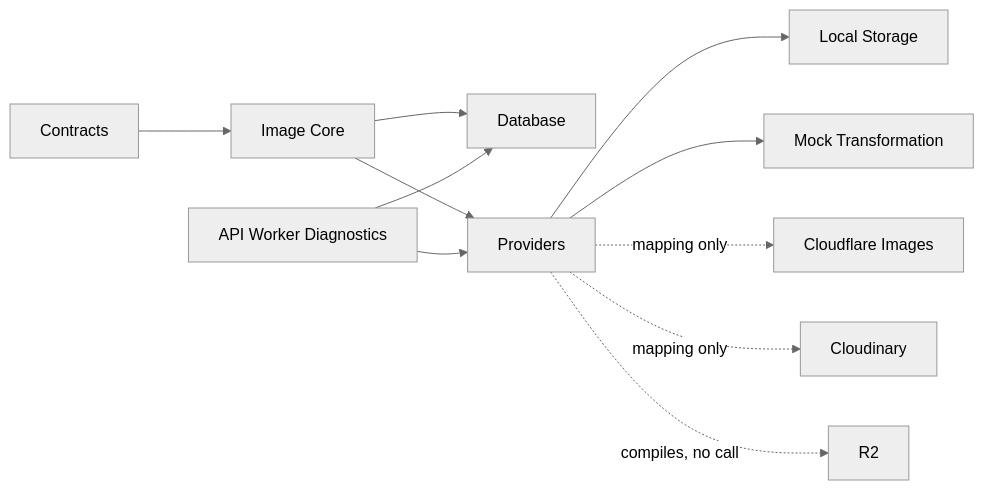
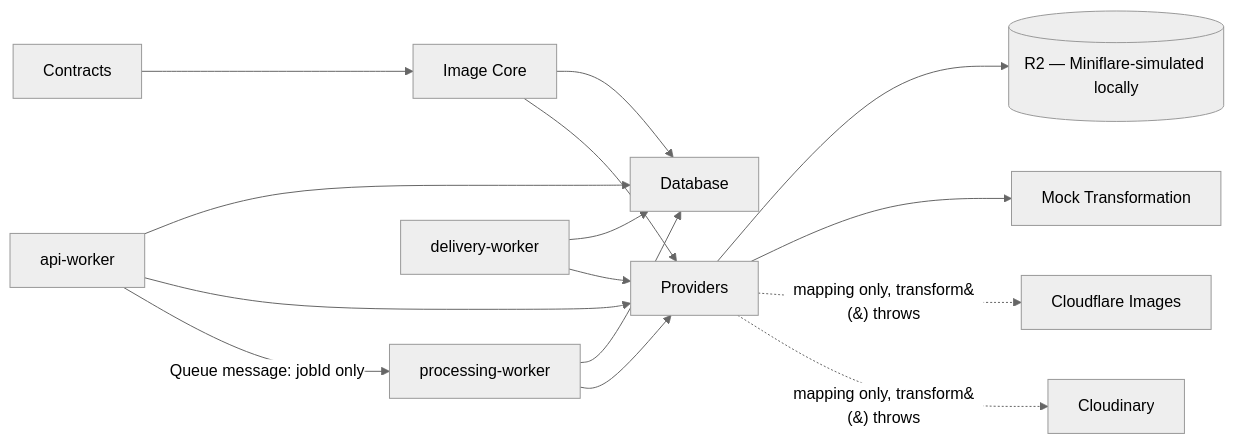
Before and after one commit to Andersseen/imageryx: the second of 5 diagrams in ARCHITECTURE.md, drawn with Mermaid (neutral theme). The commit also changed other lines of this file and 165 other files, not shown here.

````diff
--- a/ARCHITECTURE.md
+++ b/ARCHITECTURE.md
@@ -238,13 +287,17 @@
 ```mermaid
 flowchart LR
   Contracts --> Core[Image Core]
   Core --> Database
   Core --> Providers
-  API[API Worker Diagnostics] --> Database
+  API[api-worker] --> Database
   API --> Providers
-  Providers --> LocalStorage[Local Storage]
+  API -- Queue message: jobId only --> Processing[processing-worker]
+  Processing --> Database
+  Processing --> Providers
+  Delivery[delivery-worker] --> Database
+  Delivery --> Providers
+  Providers --> R2[(R2 — Miniflare-simulated locally)]
   Providers --> MockTransformation[Mock Transformation]
-  Providers -. mapping only .-> CloudflareImages[Cloudflare Images]
-  Providers -. mapping only .-> Cloudinary
-  Providers -. compiles, no call .-> R2
+  Providers -. mapping only, transform&#40;&#41; throws .-> CloudflareImages[Cloudflare Images]
+  Providers -. mapping only, transform&#40;&#41; throws .-> Cloudinary
 ```
````
